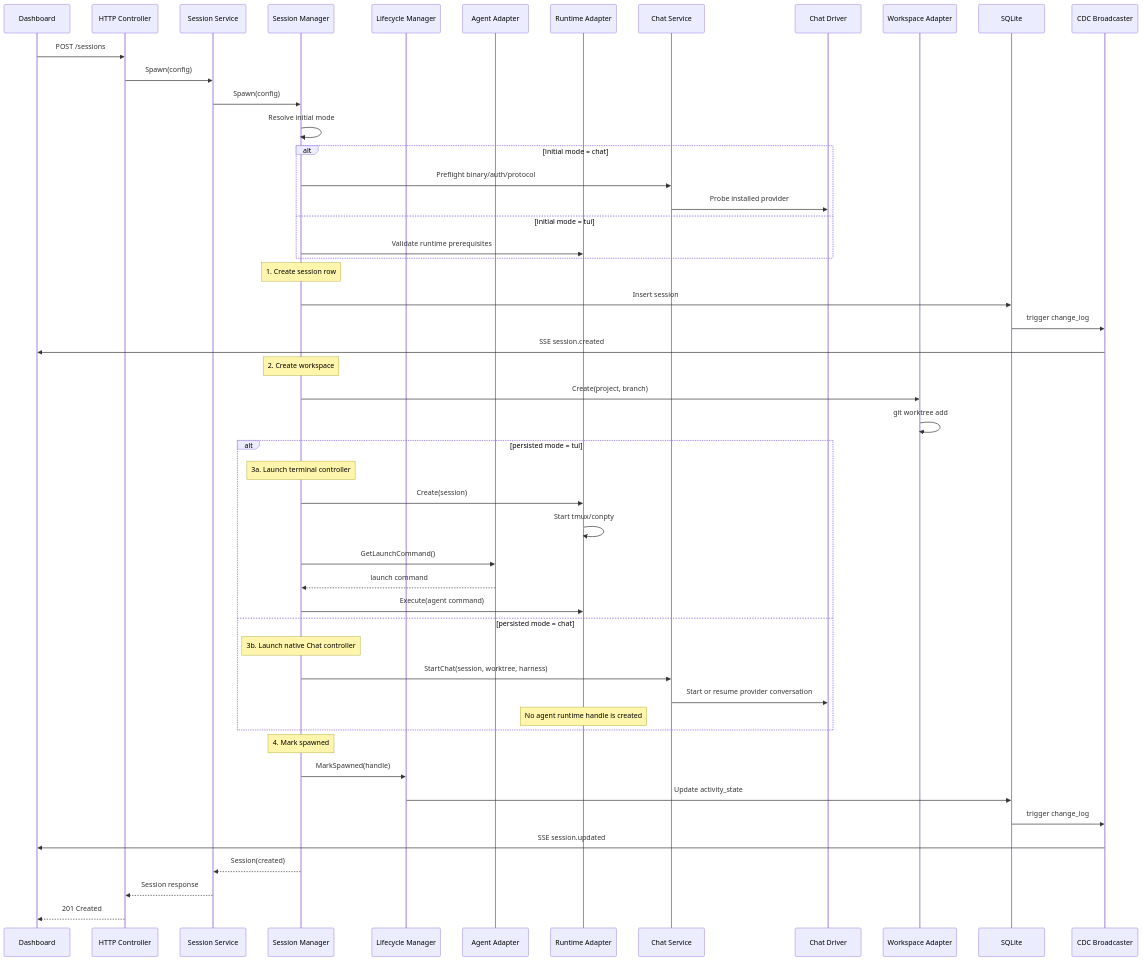
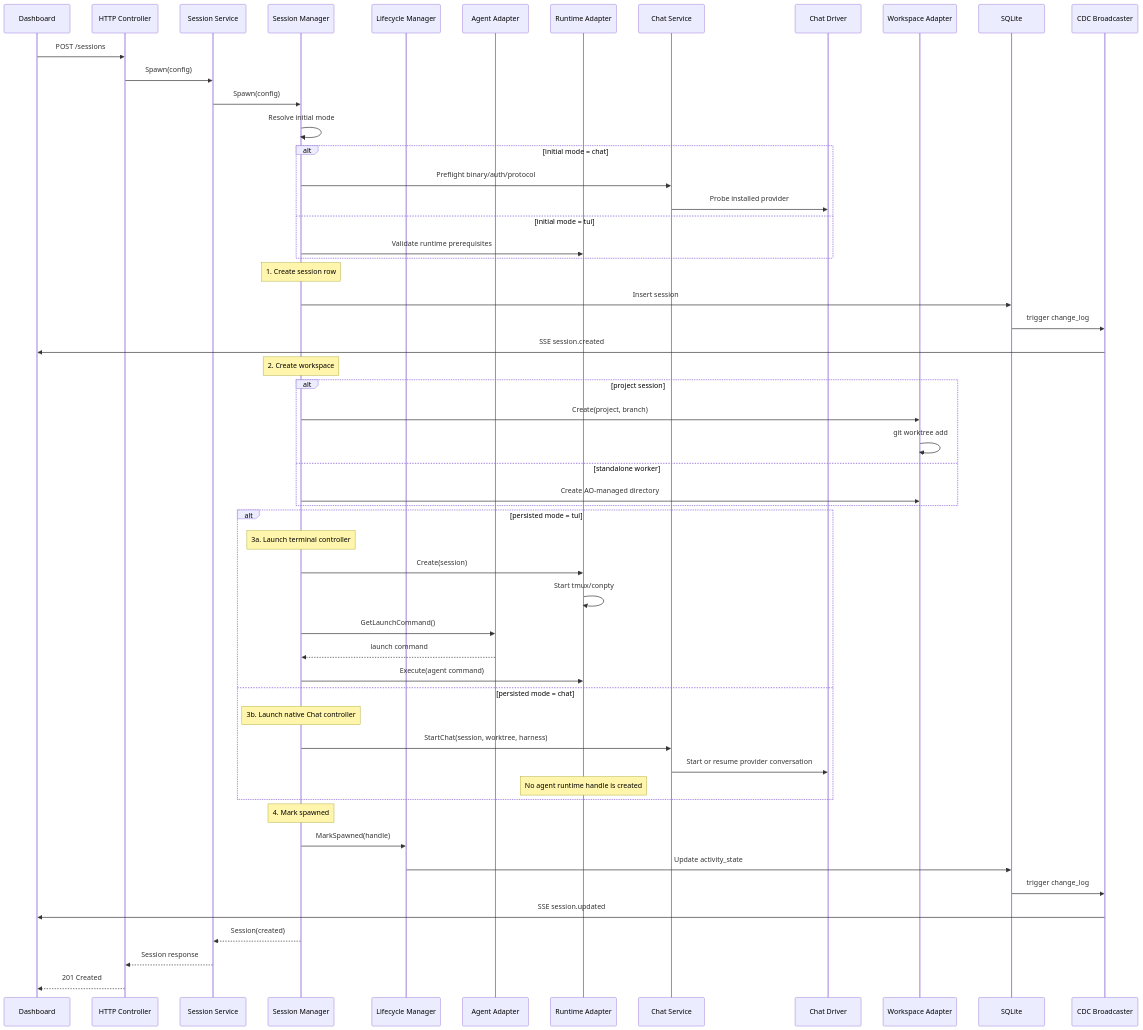
One commit to ComposioHQ/agent-orchestrator changed the sixth of 24 diagrams in docs/architecture.md. Above: the diagram before and after it, drawn with Mermaid. The commit also changed other lines of this file and 19 other files, not shown here.

Commit message:
fix: address standalone session review feedback

````diff
--- a/docs/architecture.md
+++ b/docs/architecture.md
@@ -225,60 +225,64 @@
 ```mermaid
 sequenceDiagram
     participant UI as Dashboard
     participant HTTP as HTTP Controller
     participant Svc as Session Service
     participant Mgr as Session Manager
     participant LCM as Lifecycle Manager
     participant Agent as Agent Adapter
     participant Runtime as Runtime Adapter
     participant ChatSvc as Chat Service
     participant ChatDriver as Chat Driver
     participant WS as Workspace Adapter
     participant DB as SQLite
     participant CDC as CDC Broadcaster
 
     UI->>HTTP: POST /sessions
     HTTP->>Svc: Spawn(config)
     Svc->>Mgr: Spawn(config)
 
     Mgr->>Mgr: Resolve initial mode
     alt initial mode = chat
         Mgr->>ChatSvc: Preflight binary/auth/protocol
         ChatSvc->>ChatDriver: Probe installed provider
     else initial mode = tui
         Mgr->>Runtime: Validate runtime prerequisites
     end
 
     Note over Mgr: 1. Create session row
     Mgr->>DB: Insert session
     DB->>CDC: trigger change_log
     CDC->>UI: SSE session.created
 
     Note over Mgr: 2. Create workspace
-    Mgr->>WS: Create(project, branch)
-    WS->>WS: git worktree add
+    alt project session
+        Mgr->>WS: Create(project, branch)
+        WS->>WS: git worktree add
+    else standalone worker
+        Mgr->>WS: Create AO-managed directory
+    end
 
     alt persisted mode = tui
         Note over Mgr: 3a. Launch terminal controller
         Mgr->>Runtime: Create(session)
         Runtime->>Runtime: Start tmux/conpty
         Mgr->>Agent: GetLaunchCommand()
         Agent-->>Mgr: launch command
         Mgr->>Runtime: Execute(agent command)
     else persisted mode = chat
         Note over Mgr: 3b. Launch native Chat controller
         Mgr->>ChatSvc: StartChat(session, worktree, harness)
         ChatSvc->>ChatDriver: Start or resume provider conversation
         Note over Runtime: No agent runtime handle is created
     end
 
     Note over Mgr: 4. Mark spawned
     Mgr->>LCM: MarkSpawned(handle)
     LCM->>DB: Update activity_state
     DB->>CDC: trigger change_log
     CDC->>UI: SSE session.updated
 
     Mgr-->>Svc: Session(created)
     Svc-->>HTTP: Session response
     HTTP-->>UI: 201 Created
 ```
````
